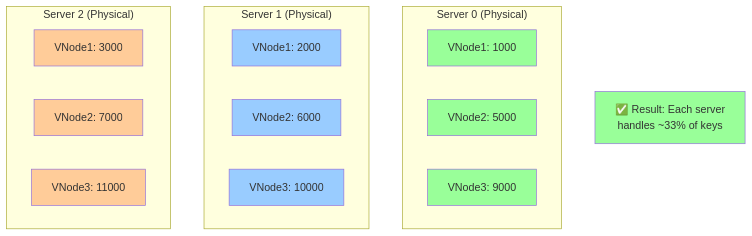
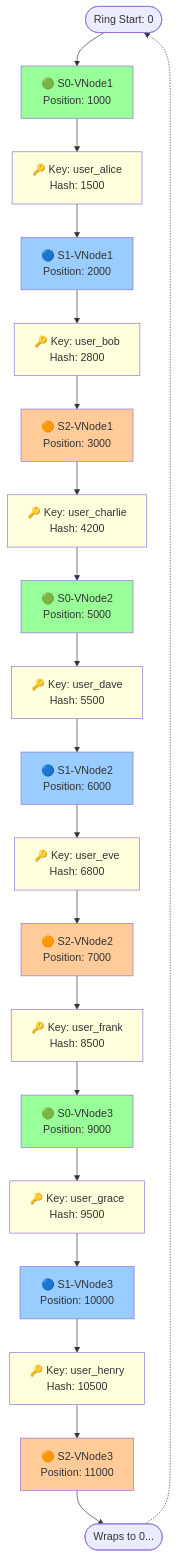
One commit to hawaijar/System-Design-Journey changed the sixth of 26 diagrams in docs/daily/2024-10-25.md. Above: the diagram before and after it, drawn with Mermaid. The commit also changed other lines of this file, not shown here.

Commit message:
Add complete ring visualization for virtual nodes with sample keys
Shows the actual ring structure with:
- 3 physical servers (S0, S1, S2) - color coded
- 3 virtual nodes per server (9 total on ring)
- 8 sample keys (user_alice through user_henry)
- Clear mapping showing which key goes to which server

Key mapping rules table shows the clockwise search:
- Key hash → Next VNode → Physical Server

Now visualizes the complete consistent hashing concept!

````diff
--- a/docs/daily/2024-10-25.md
+++ b/docs/daily/2024-10-25.md
@@ -141,33 +143,43 @@
 ```mermaid
-graph TB
-    subgraph Server0["Server 0 (Physical)"]
-        S0_1[VNode1: 1000]
-        S0_2[VNode2: 5000]
-        S0_3[VNode3: 9000]
-    end
+graph TD
+    Start([Ring Start: 0])
 
-    subgraph Server1["Server 1 (Physical)"]
-        S1_1[VNode1: 2000]
-        S1_2[VNode2: 6000]
-        S1_3[VNode3: 10000]
-    end
+    Start --> S0V1[🟢 S0-VNode1<br/>Position: 1000]
+    S0V1 --> K1[🔑 Key: user_alice<br/>Hash: 1500]
+    K1 --> S1V1[🔵 S1-VNode1<br/>Position: 2000]
+    S1V1 --> K2[🔑 Key: user_bob<br/>Hash: 2800]
+    K2 --> S2V1[🟠 S2-VNode1<br/>Position: 3000]
+    S2V1 --> K3[🔑 Key: user_charlie<br/>Hash: 4200]
+    K3 --> S0V2[🟢 S0-VNode2<br/>Position: 5000]
+    S0V2 --> K4[🔑 Key: user_dave<br/>Hash: 5500]
+    K4 --> S1V2[🔵 S1-VNode2<br/>Position: 6000]
+    S1V2 --> K5[🔑 Key: user_eve<br/>Hash: 6800]
+    K5 --> S2V2[🟠 S2-VNode2<br/>Position: 7000]
+    S2V2 --> K6[🔑 Key: user_frank<br/>Hash: 8500]
+    K6 --> S0V3[🟢 S0-VNode3<br/>Position: 9000]
+    S0V3 --> K7[🔑 Key: user_grace<br/>Hash: 9500]
+    K7 --> S1V3[🔵 S1-VNode3<br/>Position: 10000]
+    S1V3 --> K8[🔑 Key: user_henry<br/>Hash: 10500]
+    K8 --> S2V3[🟠 S2-VNode3<br/>Position: 11000]
+    S2V3 --> End([Wraps to 0...])
 
-    subgraph Server2["Server 2 (Physical)"]
-        S2_1[VNode1: 3000]
-        S2_2[VNode2: 7000]
-        S2_3[VNode3: 11000]
-    end
+    End -.-> Start
 
-    Result[✅ Result: Each server<br/>handles ~33% of keys]
-
-    style S0_1 fill:#9f9
-    style S0_2 fill:#9f9
-    style S0_3 fill:#9f9
-    style S1_1 fill:#9cf
-    style S1_2 fill:#9cf
-    style S1_3 fill:#9cf
-    style S2_1 fill:#fc9
-    style S2_2 fill:#fc9
-    style S2_3 fill:#fc9
-    style Result fill:#9f9
+    style S0V1 fill:#9f9
+    style S0V2 fill:#9f9
+    style S0V3 fill:#9f9
+    style S1V1 fill:#9cf
+    style S1V2 fill:#9cf
+    style S1V3 fill:#9cf
+    style S2V1 fill:#fc9
+    style S2V2 fill:#fc9
+    style S2V3 fill:#fc9
+    style K1 fill:#ffd
+    style K2 fill:#ffd
+    style K3 fill:#ffd
+    style K4 fill:#ffd
+    style K5 fill:#ffd
+    style K6 fill:#ffd
+    style K7 fill:#ffd
+    style K8 fill:#ffd
 ```
````
